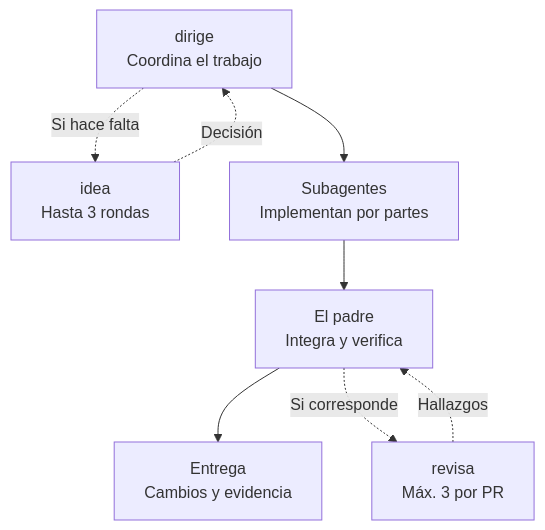
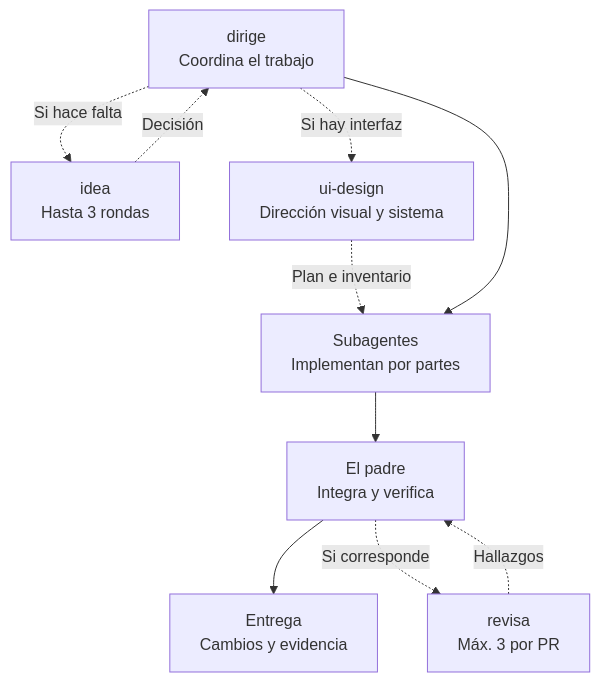
The first of 6 diagrams in README.md (peqa-ai/peqa-workflows), drawn with Mermaid before and after one commit. The commit also changed other lines of this file and 17 other files, not shown here.

First line of the commit message:
feat(ui-design): diseñar interfaces desde el sistema de diseño del proyecto (#4)

````diff
--- a/README.md
+++ b/README.md
@@ -11,18 +11,21 @@
 ```mermaid
 flowchart TD
     accTitle: Coordinación de una implementación con PEQA
-    accDescr: El padre coordina subagentes, integra y verifica su trabajo. Puede consultar idea para decisiones y revisa para una revisión independiente. Ambos devuelven sus resultados al padre, que conserva la responsabilidad de entregar.
+    accDescr: El padre coordina subagentes, integra y verifica su trabajo. Puede consultar idea para decisiones, fijar con ui-design la dirección visual antes de repartir trabajo de interfaz y pedir a revisa una revisión independiente. Los resultados vuelven al padre, que conserva la responsabilidad de entregar.
 
     dirige["dirige<br/>Coordina el trabajo"]
     idea["idea<br/>Hasta 3 rondas"]
+    ui["ui-design<br/>Dirección visual y sistema"]
     agentes["Subagentes<br/>Implementan por partes"]
     padre["El padre<br/>Integra y verifica"]
     revisa["revisa<br/>Máx. 3 por PR"]
     entrega["Entrega<br/>Cambios y evidencia"]
 
     dirige -. "Si hace falta" .-> idea
     idea -. "Decisión" .-> dirige
+    dirige -. "Si hay interfaz" .-> ui
+    ui -. "Plan e inventario" .-> agentes
     dirige --> agentes --> padre --> entrega
     padre -. "Si corresponde" .-> revisa
     revisa -. "Hallazgos" .-> padre
 ```
````
